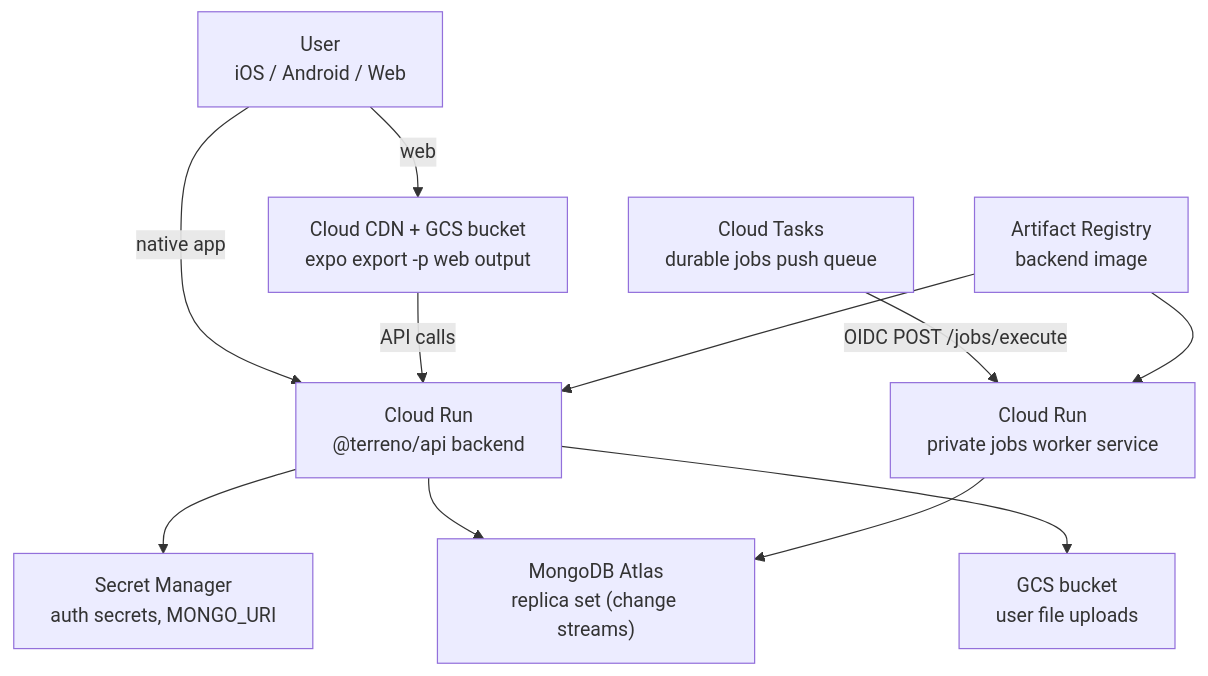
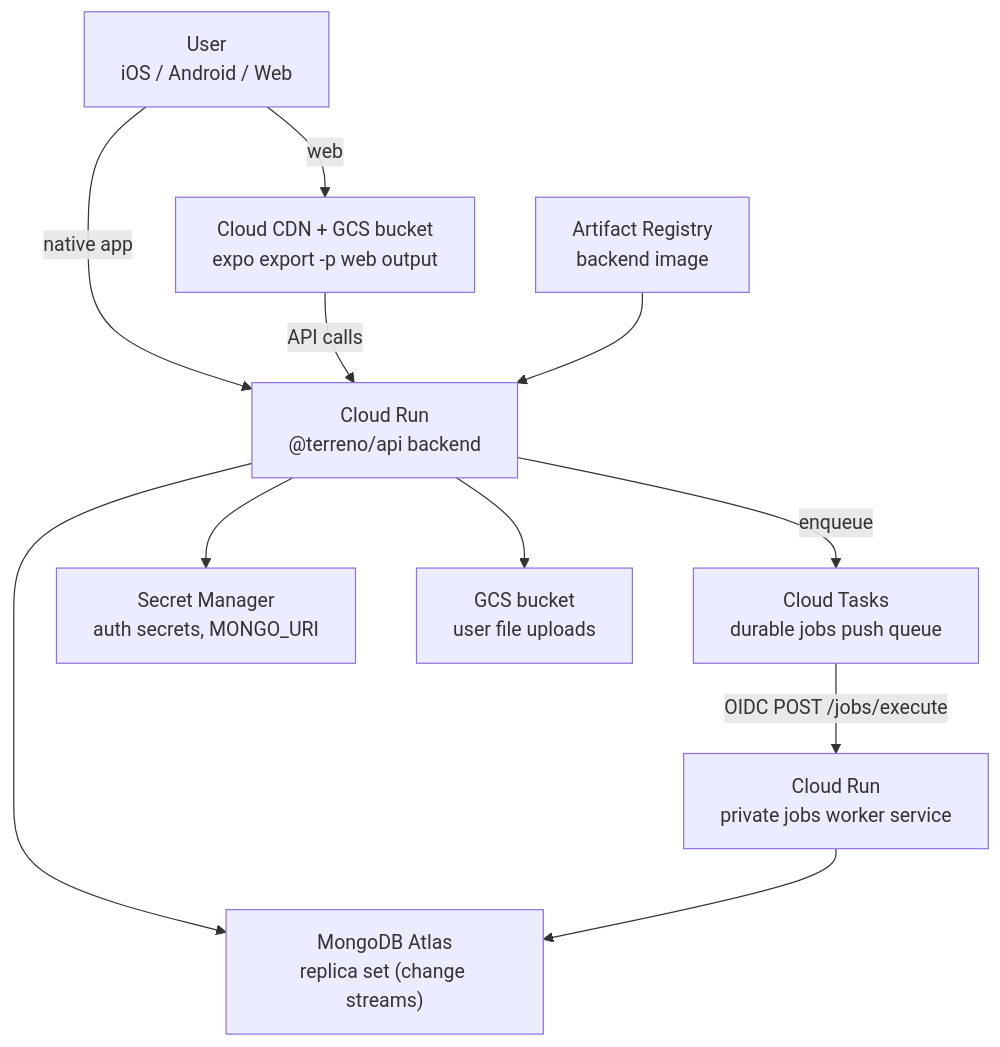
One commit to FlourishHealth/terreno changed the diagram in docs/explanation/deployment-architecture-gcp.md. Above: the diagram before and after it, drawn with Mermaid. The commit also changed other lines of this file and 22 other files, not shown here.

````diff
--- a/docs/explanation/deployment-architecture-gcp.md
+++ b/docs/explanation/deployment-architecture-gcp.md
@@ -9,22 +9,22 @@
 ```mermaid
 flowchart TD
   U["User<br/>iOS / Android / Web"]
   CDN["Cloud CDN + GCS bucket<br/>expo export -p web output"]
   CR["Cloud Run<br/>@terreno/api backend"]
   CT["Cloud Tasks<br/>durable jobs push queue"]
   JW["Cloud Run<br/>private jobs worker service"]
   SM["Secret Manager<br/>auth secrets, MONGO_URI"]
   AT["MongoDB Atlas<br/>replica set (change streams)"]
   GCS["GCS bucket<br/>user file uploads"]
   AR["Artifact Registry<br/>backend image"]
   U -->|"web"| CDN
   U -->|"native app"| CR
   CDN -->|"API calls"| CR
   CR --> SM
   CR --> AT
   CR --> GCS
+  CR -->|"enqueue"| CT
   CT -->|"OIDC POST /jobs/execute"| JW
   JW --> AT
   AR --> CR
-  AR --> JW
 ```
````
